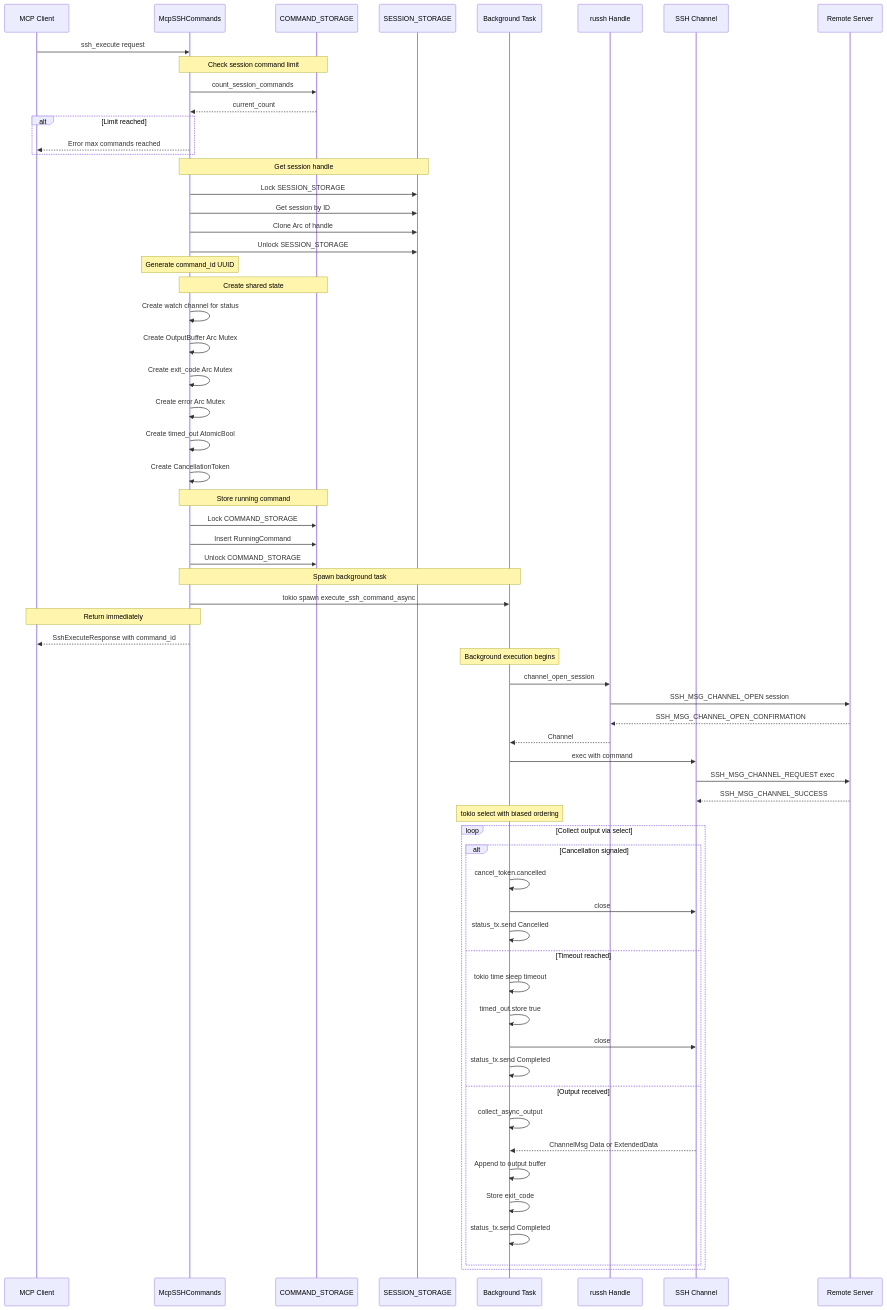
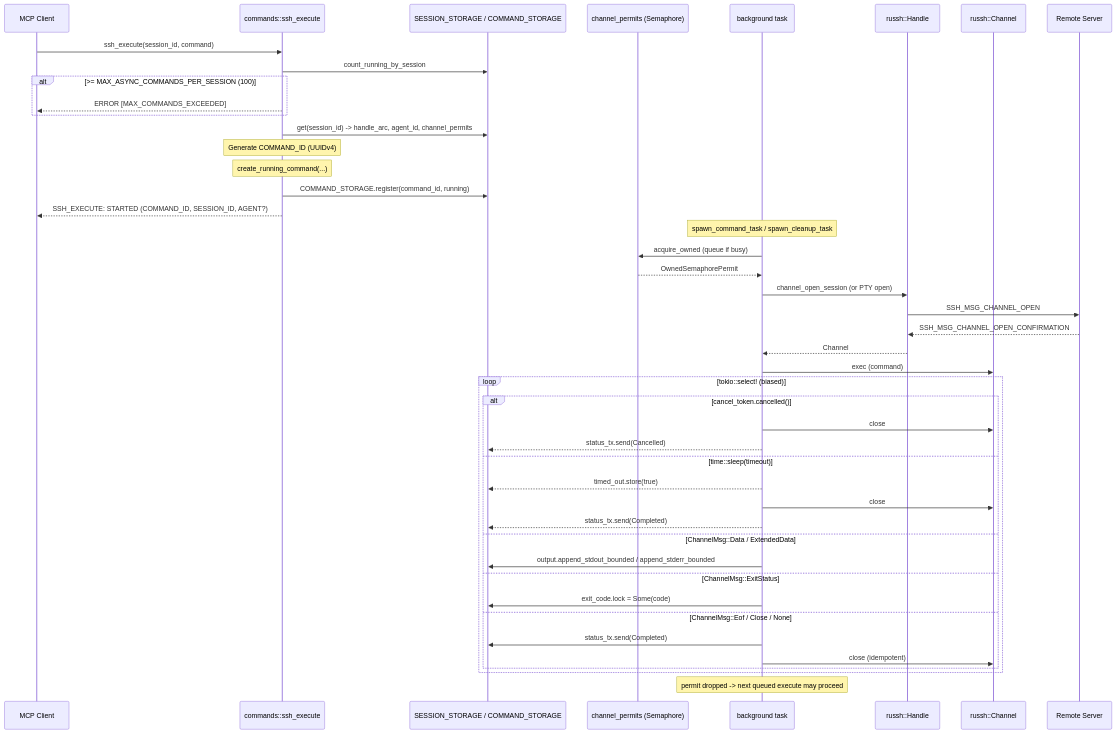
One commit to farchanjo/ssh-mcp changed the ninth of 24 diagrams in docs/FLOWS.md. Above: the diagram before and after it, drawn with Mermaid. The commit also changed other lines of this file and 5 other files, not shown here.

````diff
--- a/docs/FLOWS.md
+++ b/docs/FLOWS.md
@@ -391,80 +388,58 @@
 ```mermaid
 sequenceDiagram
     participant Client as MCP Client
-    participant Cmd as McpSSHCommands
-    participant AsyncStore as COMMAND_STORAGE
-    participant Store as SESSION_STORAGE
-    participant Task as Background Task
-    participant Handle as russh Handle
-    participant Channel as SSH Channel
+    participant Cmd as commands::ssh_execute
+    participant Store as SESSION_STORAGE / COMMAND_STORAGE
+    participant Sem as channel_permits (Semaphore)
+    participant Task as background task
+    participant Handle as russh::Handle
+    participant Channel as russh::Channel
     participant Server as Remote Server
 
-    Client->>Cmd: ssh_execute request
+    Client->>Cmd: ssh_execute(session_id, command)
 
-    Note over Cmd,AsyncStore: Check session command limit
-    Cmd->>AsyncStore: count_session_commands
-    AsyncStore-->>Cmd: current_count
-
-    alt Limit reached
-        Cmd-->>Client: Error max commands reached
+    Cmd->>Store: count_running_by_session
+    alt >= MAX_ASYNC_COMMANDS_PER_SESSION (100)
+        Cmd-->>Client: ERROR [MAX_COMMANDS_EXCEEDED]
     end
 
-    Note over Cmd,Store: Get session handle
-    Cmd->>Store: Lock SESSION_STORAGE
-    Cmd->>Store: Get session by ID
-    Cmd->>Store: Clone Arc of handle
-    Cmd->>Store: Unlock SESSION_STORAGE
+    Cmd->>Store: get(session_id) -> handle_arc, agent_id, channel_permits
 
-    Note over Cmd: Generate command_id UUID
+    Note over Cmd: Generate COMMAND_ID (UUIDv4)
+    Note over Cmd: create_running_command(...)
+    Cmd->>Store: COMMAND_STORAGE.register(command_id, running)
 
-    Note over Cmd,AsyncStore: Create shared state
-    Cmd->>Cmd: Create watch channel for status
-    Cmd->>Cmd: Create OutputBuffer Arc Mutex
-    Cmd->>Cmd: Create exit_code Arc Mutex
-    Cmd->>Cmd: Create error Arc Mutex
-    Cmd->>Cmd: Create timed_out AtomicBool
-    Cmd->>Cmd: Create CancellationToken
+    Cmd-->>Client: SSH_EXECUTE: STARTED (COMMAND_ID, SESSION_ID, AGENT?)
 
-    Note over Cmd,AsyncStore: Store running command
-    Cmd->>AsyncStore: Lock COMMAND_STORAGE
-    Cmd->>AsyncStore: Insert RunningCommand
-    Cmd->>AsyncStore: Unlock COMMAND_STORAGE
+    Note over Task: spawn_command_task / spawn_cleanup_task
 
-    Note over Cmd,Task: Spawn background task
-    Cmd->>Task: tokio spawn execute_ssh_command_async
+    Task->>Sem: acquire_owned (queue if busy)
+    Sem-->>Task: OwnedSemaphorePermit
 
-    Note over Cmd,Client: Return immediately
-    Cmd-->>Client: SshExecuteResponse with command_id
-
-    Note over Task: Background execution begins
-
-    Task->>Handle: channel_open_session
-    Handle->>Server: SSH_MSG_CHANNEL_OPEN session
+    Task->>Handle: channel_open_session (or PTY open)
+    Handle->>Server: SSH_MSG_CHANNEL_OPEN
     Server-->>Handle: SSH_MSG_CHANNEL_OPEN_CONFIRMATION
     Handle-->>Task: Channel
 
-    Task->>Channel: exec with command
-    Channel->>Server: SSH_MSG_CHANNEL_REQUEST exec
-    Server-->>Channel: SSH_MSG_CHANNEL_SUCCESS
+    Task->>Channel: exec (command)
 
-    Note over Task: tokio select with biased ordering
-
-    loop Collect output via select
-        alt Cancellation signaled
-            Task->>Task: cancel_token.cancelled
+    loop tokio::select! (biased)
+        alt cancel_token.cancelled()
             Task->>Channel: close
-            Task->>Task: status_tx.send Cancelled
-        else Timeout reached
-            Task->>Task: tokio time sleep timeout
-            Task->>Task: timed_out.store true
+            Task-->>Store: status_tx.send(Cancelled)
+        else time::sleep(timeout)
+            Task-->>Store: timed_out.store(true)
             Task->>Channel: close
-            Task->>Task: status_tx.send Completed
-        else Output received
-            Task->>Task: collect_async_output
-            Channel-->>Task: ChannelMsg Data or ExtendedData
-            Task->>Task: Append to output buffer
-            Task->>Task: Store exit_code
-            Task->>Task: status_tx.send Completed
+            Task-->>Store: status_tx.send(Completed)
+        else ChannelMsg::Data / ExtendedData
+            Task->>Store: output.append_stdout_bounded / append_stderr_bounded
+        else ChannelMsg::ExitStatus
+            Task->>Store: exit_code.lock = Some(code)
+        else ChannelMsg::Eof / Close / None
+            Task->>Store: status_tx.send(Completed)
+            Task->>Channel: close (idempotent)
         end
     end
+
+    Note over Task: permit dropped -> next queued execute may proceed
 ```
````
